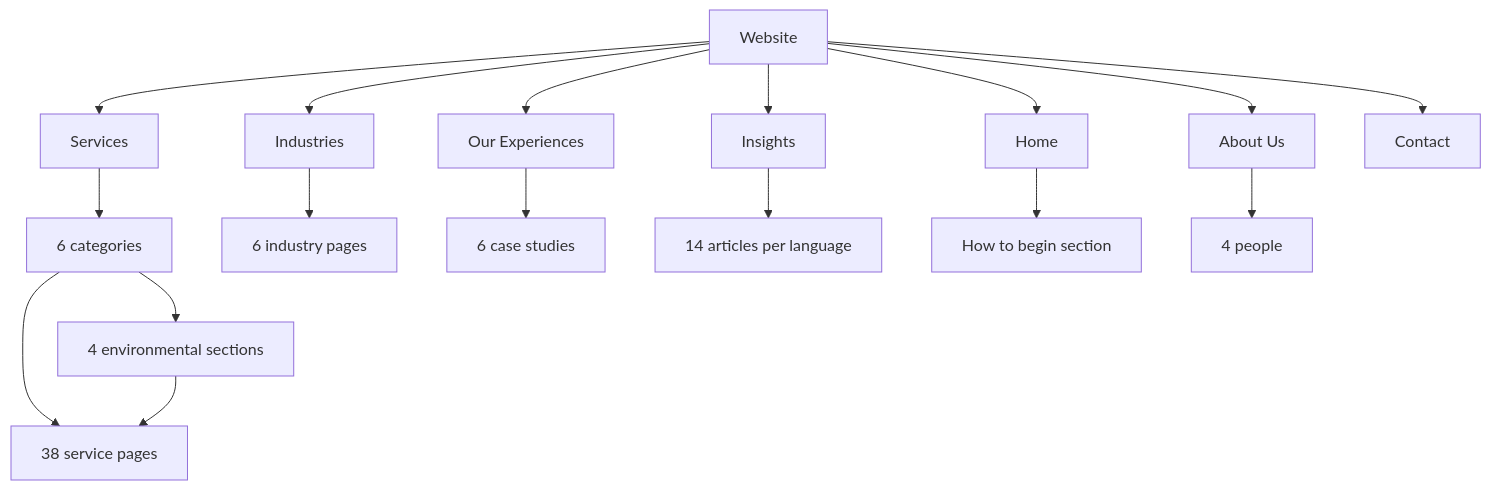
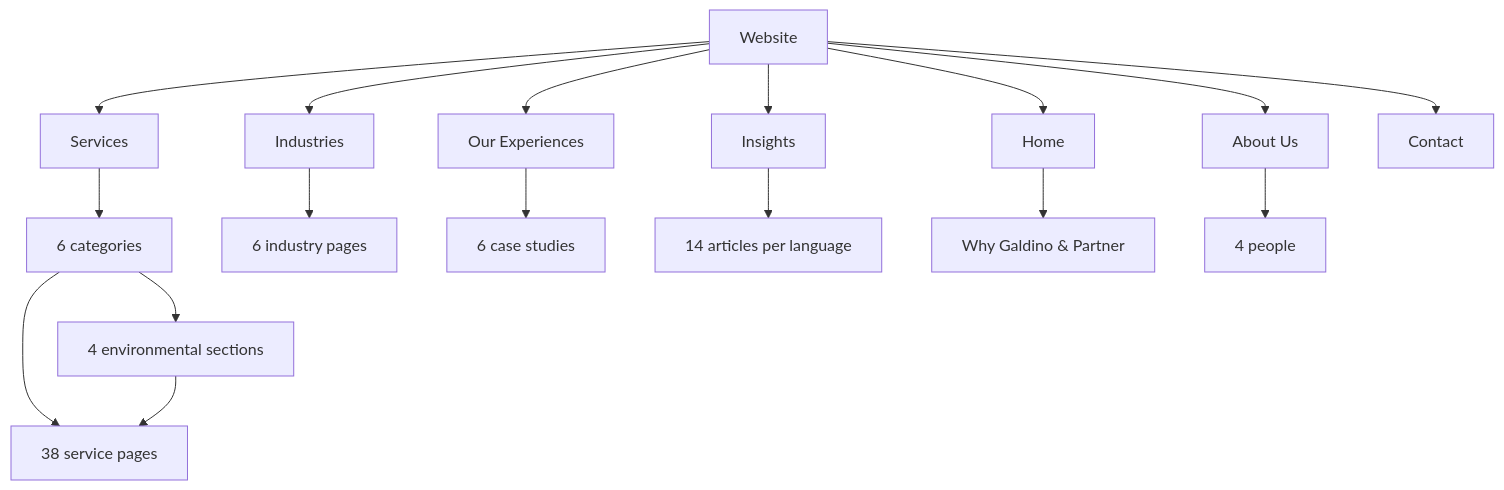
Before and after one commit to kultivatedigitalid/Galdino-and-Partners-Law-Firm-and-Consultant: the diagram in outputs/galdino_partner/website/docs/SITE_MAP.md, drawn with Mermaid. The commit also changed other lines of this file and 15 other files, not shown here.

````diff
--- a/outputs/galdino_partner/website/docs/SITE_MAP.md
+++ b/outputs/galdino_partner/website/docs/SITE_MAP.md
@@ -9,19 +9,19 @@
 ```mermaid
 flowchart TD
  Website --> Home
  Website --> Services
  Website --> Industries
  Website --> Cases[Our Experiences]
  Website --> Insights
  Website --> About[About Us]
  Website --> Contact
  Services --> Categories[6 categories]
  Categories --> Details[38 service pages]
  Categories --> Environment[4 environmental sections]
  Environment --> Details
  Industries --> Sectors[6 industry pages]
  Cases --> CaseDetails[6 case studies]
  Insights --> Articles[14 articles per language]
- Home --> Process[How to begin section]
+ Home --> Why[Why Galdino & Partner]
  About --> People[4 people]
 ```
````
